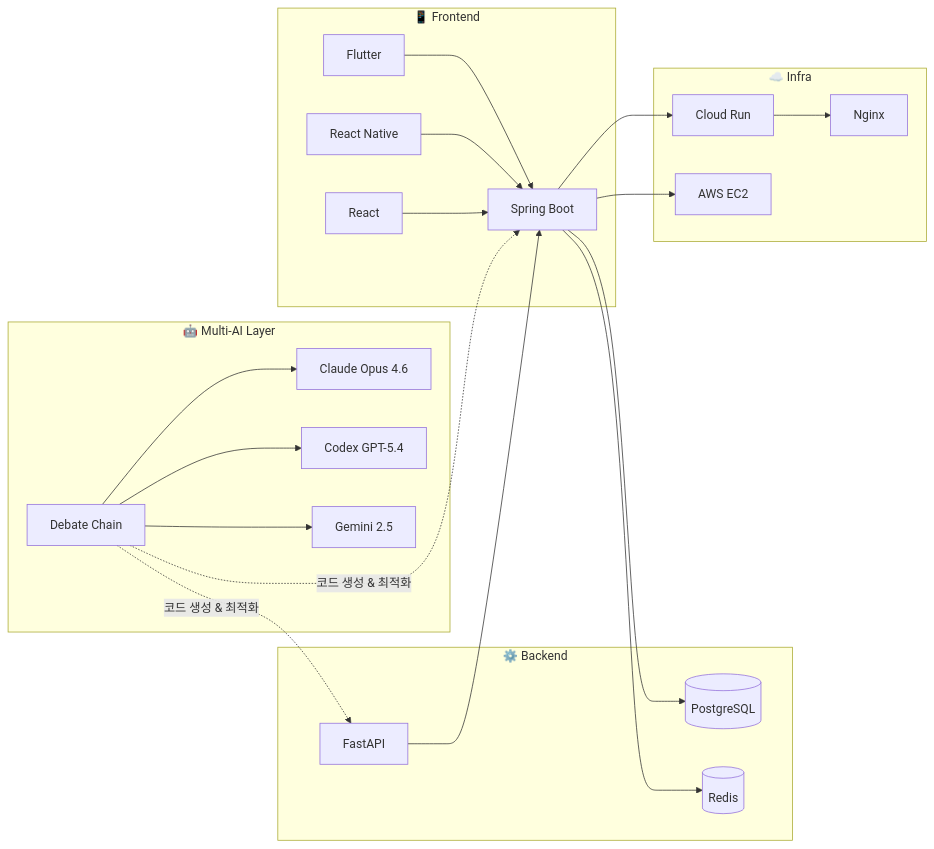
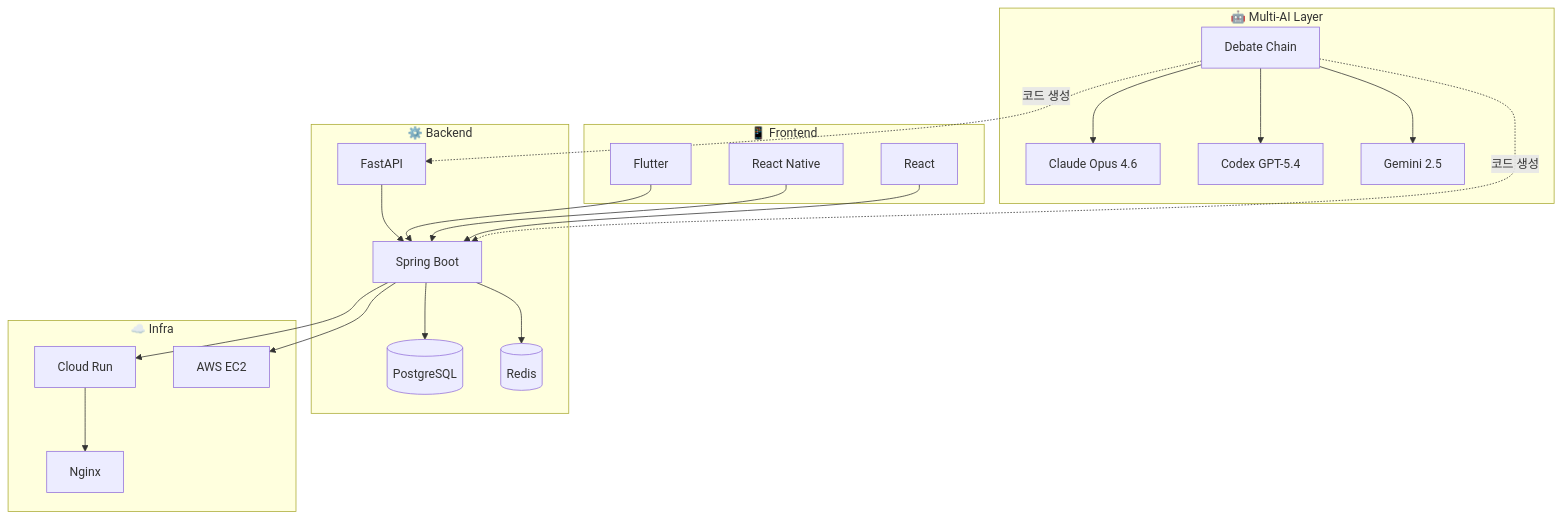
Before and after one commit to dwonc/dwonc: the diagram in README.md, drawn with Mermaid. The commit also changed other lines of this file, not shown here.

Commit message:
README.md 업데이트

````diff
--- a/README.md
+++ b/README.md
@@ -388,29 +388,43 @@
 ```mermaid
-graph LR
+graph TB
     subgraph "🤖 Multi-AI Layer"
-        DC[Debate Chain] --> Claude[Claude Opus 4.6]
-        DC --> GPT[Codex GPT-5.4]
-        DC --> Gemini[Gemini 2.5]
+        DC[Debate Chain]
+        Claude[Claude Opus 4.6]
+        GPT[Codex GPT-5.4]
+        Gemini[Gemini 2.5]
+        DC --> Claude
+        DC --> GPT
+        DC --> Gemini
     end
 
     subgraph "📱 Frontend"
-        FL[Flutter] --> SB
-        RN[React Native] --> SB
-        RE[React] --> SB
+        FL[Flutter]
+        RN[React Native]
+        RE[React]
     end
 
     subgraph "⚙️ Backend"
-        SB[Spring Boot] --> DB[(PostgreSQL)]
-        FA[FastAPI] --> SB
-        SB --> Redis[(Redis)]
+        SB[Spring Boot]
+        FA[FastAPI]
+        DB[(PostgreSQL)]
+        RD[(Redis)]
+        FA --> SB
+        SB --> DB
+        SB --> RD
     end
 
     subgraph "☁️ Infra"
-        SB --> CR[Cloud Run]
-        SB --> AWS[AWS EC2]
-        CR --> Nginx
+        CR[Cloud Run]
+        AW[AWS EC2]
+        NX[Nginx]
     end
 
-    DC -.->|코드 생성 & 최적화| SB
-    DC -.->|코드 생성 & 최적화| FA
+    FL --> SB
+    RN --> SB
+    RE --> SB
+    SB --> CR
+    SB --> AW
+    CR --> NX
+    DC -.->|코드 생성| SB
+    DC -.->|코드 생성| FA
 ```
````
